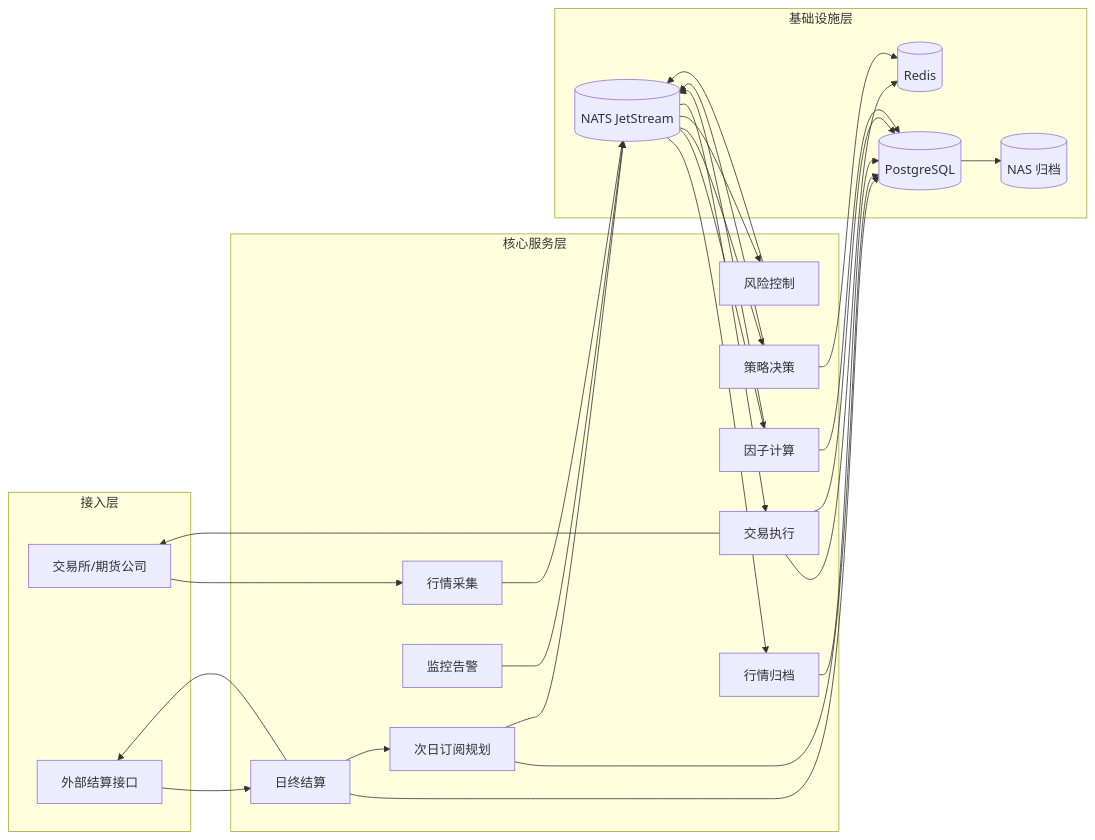
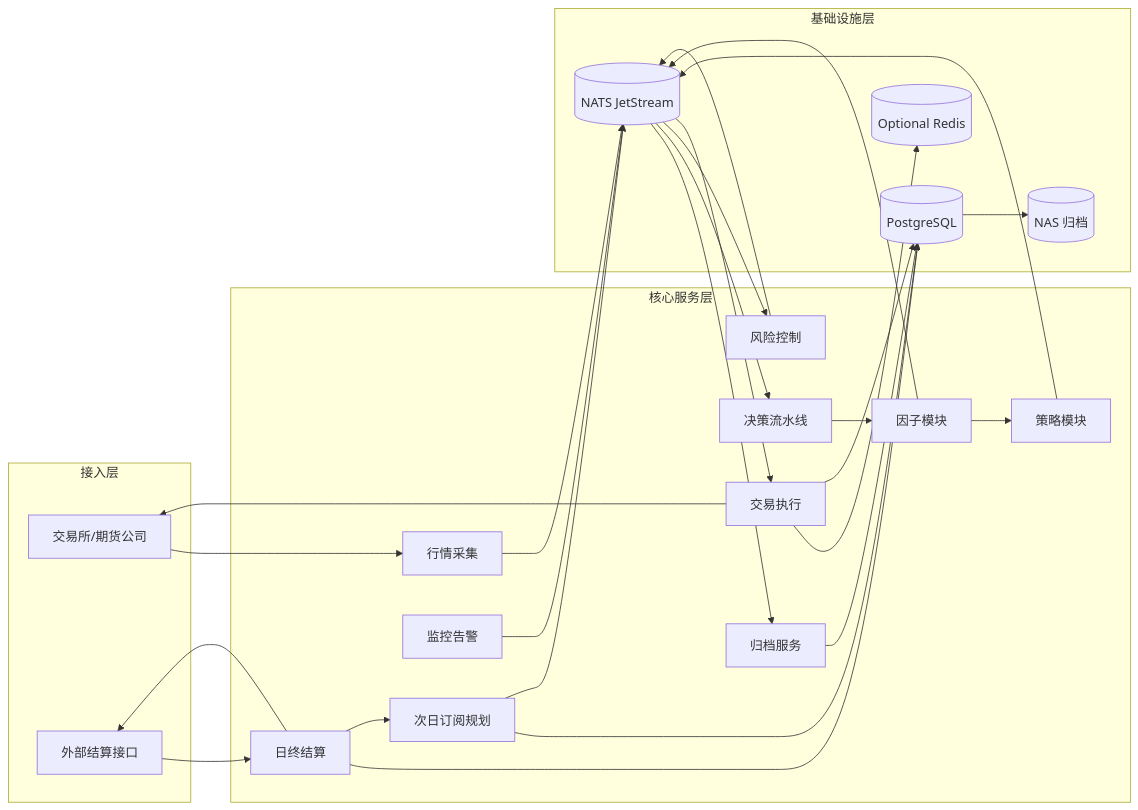
The first of 3 diagrams in docs/requirements/03_technical_architecture_diagram.md (lancewliang/vnpy_hft), drawn with Mermaid before and after one commit. The commit also changed other lines of this file and 5 other files, not shown here.

````diff
--- a/docs/requirements/03_technical_architecture_diagram.md
+++ b/docs/requirements/03_technical_architecture_diagram.md
@@ -14,56 +14,56 @@
 ```mermaid
 flowchart LR
     subgraph L1[接入层]
         EX[交易所/期货公司]
         API[外部结算接口]
     end
 
     subgraph L2[核心服务层]
         MC[行情采集]
-        MA[行情归档]
-        FE[因子计算]
-        SE[策略决策]
+        AS[归档服务]
+        DP[决策流水线]
+        FE[因子模块]
+        SE[策略模块]
         RS[风险控制]
         OMS[交易执行]
         SS[日终结算]
         CSP[次日订阅规划]
         OBS[监控告警]
     end
 
     subgraph L3[基础设施层]
         MQ[(NATS JetStream)]
         PG[(PostgreSQL)]
-        RD[(Redis)]
+        RD[(Optional Redis)]
         NAS[(NAS 归档)]
     end
 
     EX --> MC
     MC --> MQ
-    MQ --> MA
-    MQ --> FE
-    MQ --> SE
+    MQ --> AS
+    MQ --> DP
     MQ --> RS
     MQ --> OMS
 
+    DP --> FE
+    FE --> SE
     FE --> MQ
     SE --> MQ
     RS --> MQ
 
     OMS --> EX
     OMS --> RD
-    SE --> RD
 
-    MA --> PG
-    FE --> PG
+    AS --> PG
     OMS --> PG
     SS --> PG
     CSP --> PG
 
     SS --> API
     API --> SS
     SS --> CSP
     CSP --> MQ
 
     PG --> NAS
     OBS --> MQ
 ```
````
